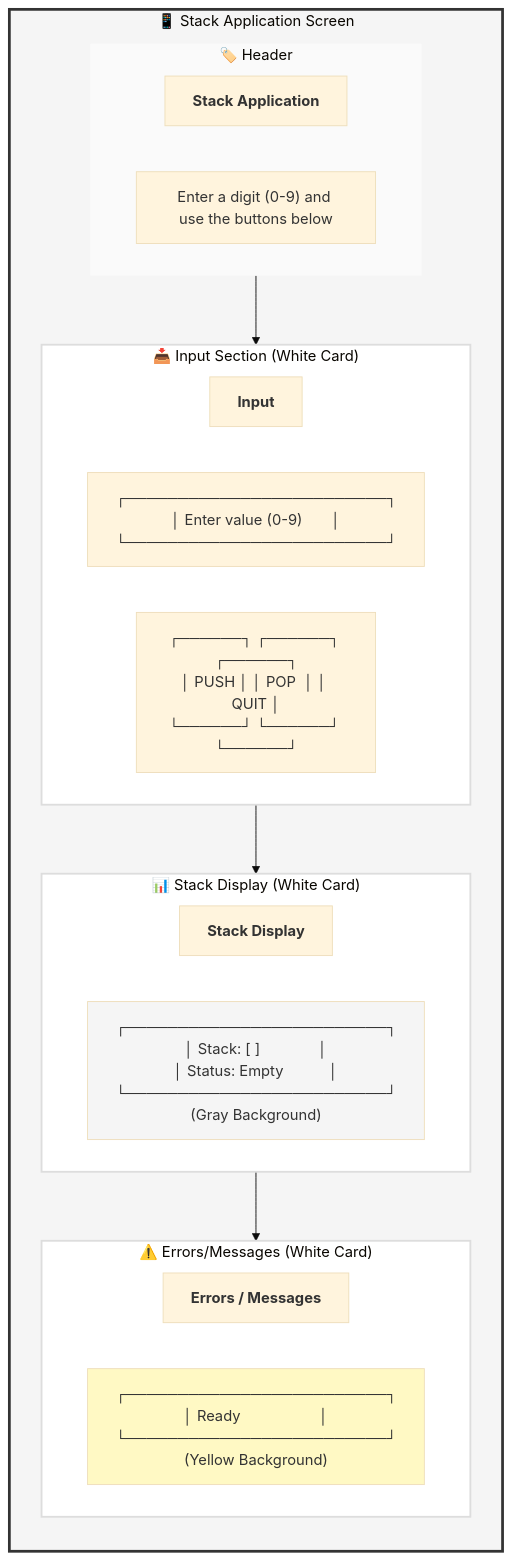
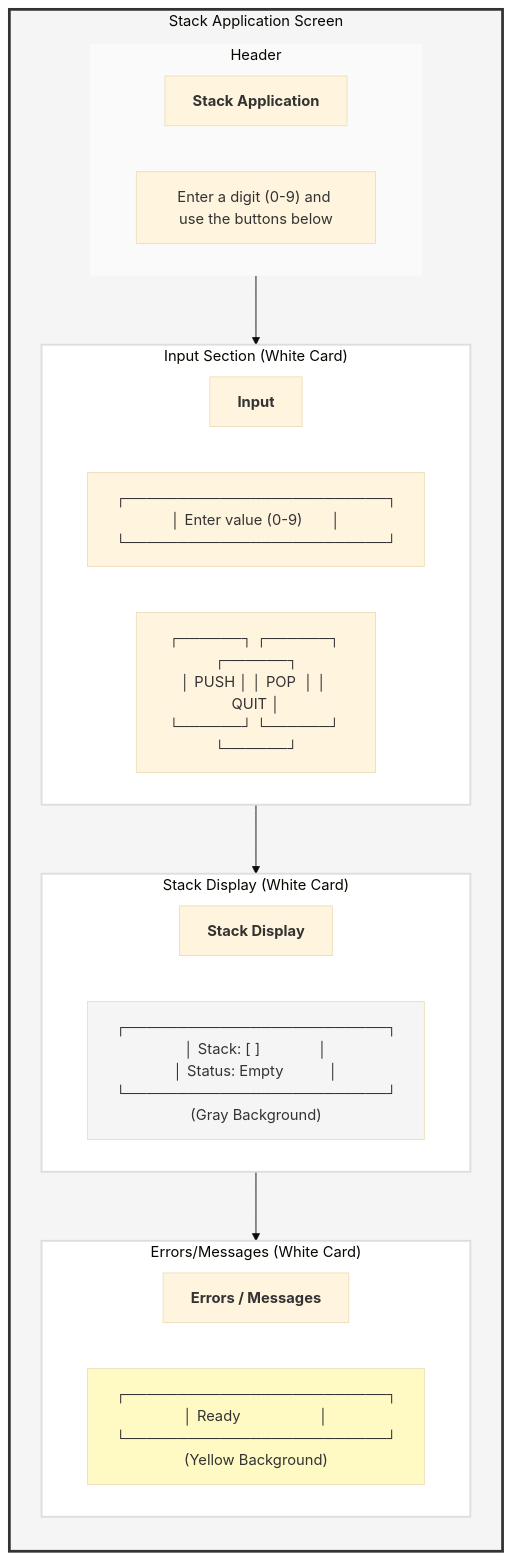
The third of 3 diagrams in README.md (LemonmadeDesigns/StackApp), drawn with Mermaid (base theme) before and after one commit.

Commit message:
Auto-commit: Successful build at 2025-10-25 14:41:01

````diff
--- a/README.md
+++ b/README.md
@@ -1057,39 +1057,39 @@
 ```mermaid
 flowchart TB
-    subgraph UI["📱 Stack Application Screen"]
+    subgraph UI["Stack Application Screen"]
         direction TB
 
-        subgraph Header["🏷️ Header"]
+        subgraph Header["Header"]
             Title["<b>Stack Application</b>"]
             Hint["Enter a digit (0-9) and use the buttons below"]
         end
 
-        subgraph Input["📥 Input Section (White Card)"]
+        subgraph Input["Input Section (White Card)"]
             Label1["<b>Input</b>"]
             TextField["┌─────────────────────────┐<br/>│ Enter value (0-9)       │<br/>└─────────────────────────┘"]
             Buttons["┌──────┐ ┌──────┐ ┌──────┐<br/>│ PUSH │ │ POP  │ │ QUIT │<br/>└──────┘ └──────┘ └──────┘"]
         end
 
-        subgraph Display["📊 Stack Display (White Card)"]
+        subgraph Display["Stack Display (White Card)"]
             Label2["<b>Stack Display</b>"]
             StackText["┌─────────────────────────┐<br/>│ Stack: [ ]              │<br/>│ Status: Empty           │<br/>└─────────────────────────┘<br/>(Gray Background)"]
         end
 
-        subgraph Messages["⚠️ Errors/Messages (White Card)"]
+        subgraph Messages["Errors/Messages (White Card)"]
             Label3["<b>Errors / Messages</b>"]
             ErrorText["┌─────────────────────────┐<br/>│ Ready                   │<br/>└─────────────────────────┘<br/>(Yellow Background)"]
         end
     end
 
     Header --> Input
     Input --> Display
     Display --> Messages
 
     style UI fill:#F5F5F5,stroke:#333,stroke-width:3px
     style Header fill:#FAFAFA,stroke:none
     style Input fill:#FFF,stroke:#DDD,stroke-width:2px
     style Display fill:#FFF,stroke:#DDD,stroke-width:2px
     style Messages fill:#FFF,stroke:#DDD,stroke-width:2px
     style StackText fill:#F5F5F5
     style ErrorText fill:#FFF9C4
 ```
````
